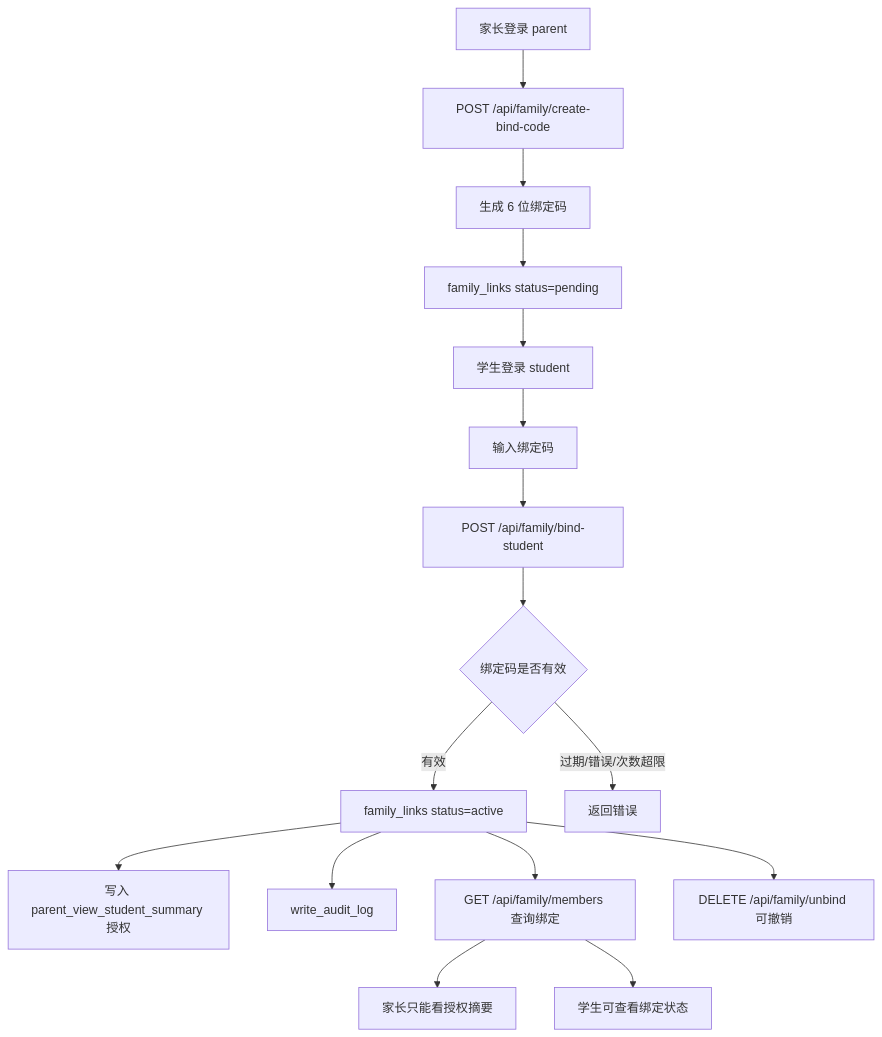
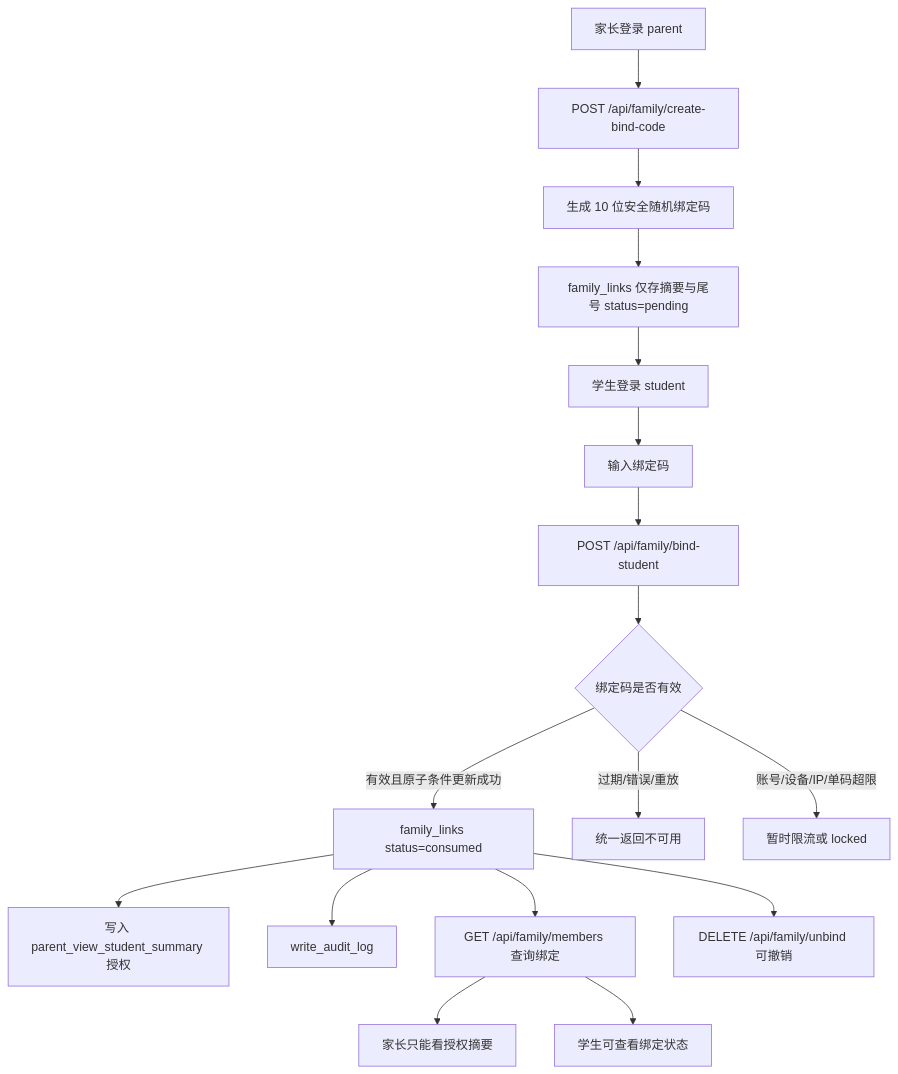
One commit to nayunzhishui/safehome1.0 changed diagram 11 of 24 in docs/03_技术真相/项目核心流程图.md. Above: the diagram before and after it, drawn with Mermaid. The commit also changed other lines of this file and 31 other files, not shown here.

````diff
--- a/docs/03_技术真相/项目核心流程图.md
+++ b/docs/03_技术真相/项目核心流程图.md
@@ -340,18 +340,19 @@
 ```mermaid
 flowchart TD
     A[家长登录 parent] --> B[POST /api/family/create-bind-code]
-    B --> C[生成 6 位绑定码]
-    C --> D[family_links status=pending]
+    B --> C[生成 10 位安全随机绑定码]
+    C --> D[family_links 仅存摘要与尾号 status=pending]
     D --> E[学生登录 student]
     E --> F[输入绑定码]
     F --> G[POST /api/family/bind-student]
     G --> H{绑定码是否有效}
-    H -->|有效| I[family_links status=active]
-    H -->|过期/错误/次数超限| J[返回错误]
+    H -->|有效且原子条件更新成功| I[family_links status=consumed]
+    H -->|过期/错误/重放| J[统一返回不可用]
+    H -->|账号/设备/IP/单码超限| Q[暂时限流或 locked]
     I --> K[写入 parent_view_student_summary 授权]
     I --> L[write_audit_log]
     I --> M[GET /api/family/members 查询绑定]
     M --> N[家长只能看授权摘要]
     M --> O[学生可查看绑定状态]
     I --> P[DELETE /api/family/unbind 可撤销]
 ```
````
